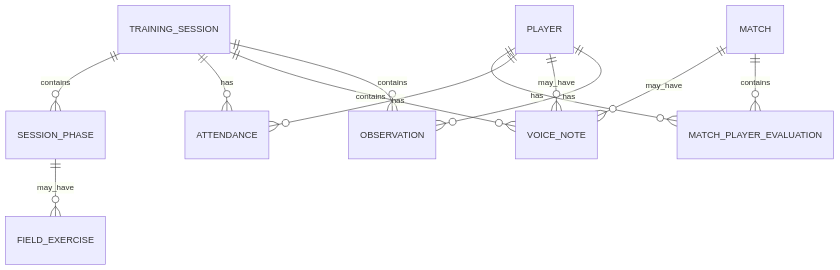
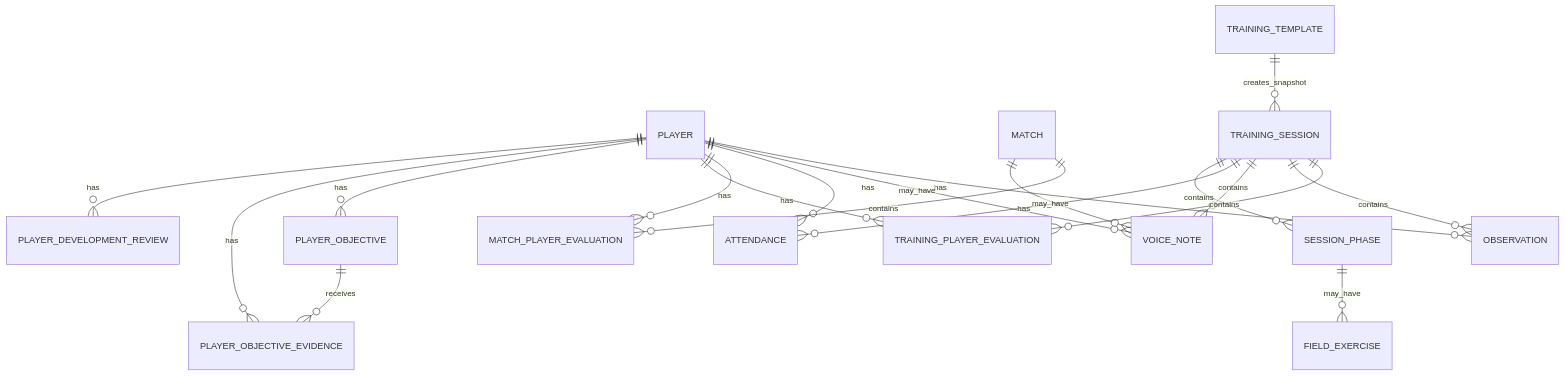
The diagram in docs/03-data-model.md (Alexpagliasso/coach-field), drawn with Mermaid before and after one commit. The commit also changed other lines of this file and 33 other files, not shown here.

Commit message:
feat: add player development V4

````diff
--- a/docs/03-data-model.md
+++ b/docs/03-data-model.md
@@ -20,14 +25,21 @@
 ```mermaid
 erDiagram
     PLAYER ||--o{ OBSERVATION : has
     PLAYER ||--o{ VOICE_NOTE : may_have
     PLAYER ||--o{ ATTENDANCE : has
     PLAYER ||--o{ MATCH_PLAYER_EVALUATION : has
+    PLAYER ||--o{ TRAINING_PLAYER_EVALUATION : has
+    PLAYER ||--o{ PLAYER_OBJECTIVE : has
+    PLAYER ||--o{ PLAYER_OBJECTIVE_EVIDENCE : has
+    PLAYER ||--o{ PLAYER_DEVELOPMENT_REVIEW : has
+    PLAYER_OBJECTIVE ||--o{ PLAYER_OBJECTIVE_EVIDENCE : receives
     MATCH ||--o{ MATCH_PLAYER_EVALUATION : contains
     MATCH ||--o{ VOICE_NOTE : may_have
+    TRAINING_TEMPLATE ||--o{ TRAINING_SESSION : creates_snapshot
+    TRAINING_SESSION ||--o{ TRAINING_PLAYER_EVALUATION : contains
     TRAINING_SESSION ||--o{ OBSERVATION : contains
     TRAINING_SESSION ||--o{ VOICE_NOTE : contains
     TRAINING_SESSION ||--o{ ATTENDANCE : has
     TRAINING_SESSION ||--o{ SESSION_PHASE : contains
     SESSION_PHASE ||--o{ FIELD_EXERCISE : may_have
 ```
````
